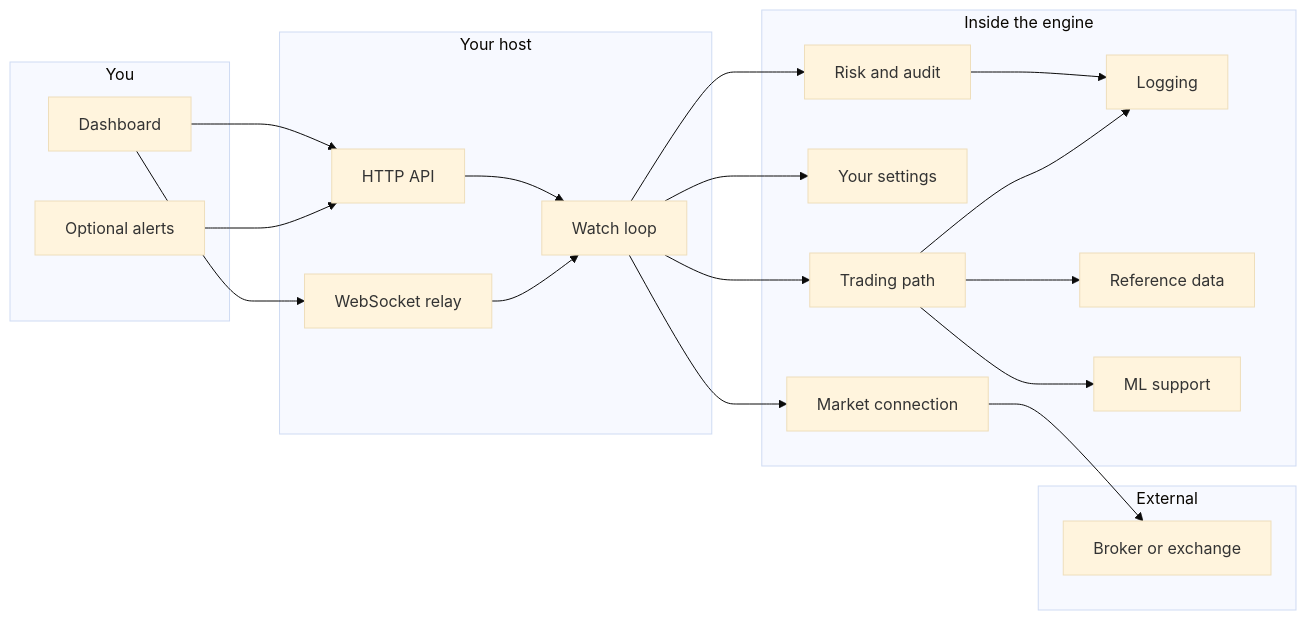
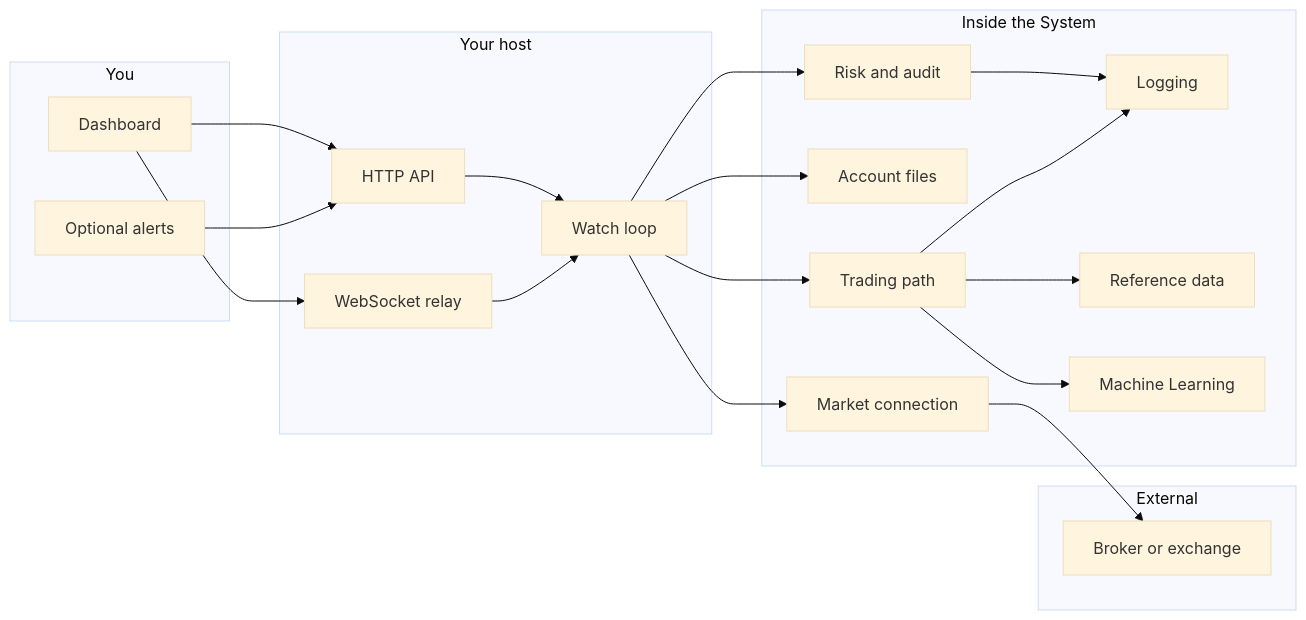
The second of 2 diagrams in ARCHITECTURE.md (idekire-oss/holy-grail-automated-trading-docs), drawn with Mermaid (base theme) before and after one commit. The commit also changed other lines of this file and 4 other files, not shown here.

````diff
--- a/ARCHITECTURE.md
+++ b/ARCHITECTURE.md
@@ -34,36 +42,36 @@
 ```mermaid
 flowchart LR
   subgraph You
     WEB[Dashboard]
     BOT[Optional alerts]
   end
 
   subgraph App["Your host"]
     API[HTTP API]
     WS[WebSocket relay]
     ORCH[Watch loop]
   end
 
-  subgraph Core["Inside the engine"]
+  subgraph Core["Inside the System"]
     CONN[Market connection]
-    CFG[Your settings]
+    CFG[Account files]
     TRD[Trading path]
     SEC[Risk and audit]
     LOG[Logging]
     AUX[Reference data]
-    ML[ML support]
+    ML[Machine Learning]
   end
 
   subgraph External
     EX[Broker or exchange]
   end
 
   WEB --> API & WS
   BOT --> API
   API & WS --> ORCH
   ORCH --> CONN & CFG & TRD & SEC
   TRD --> ML & AUX
   CONN --> EX
   SEC --> LOG
   TRD --> LOG
 ```
````
